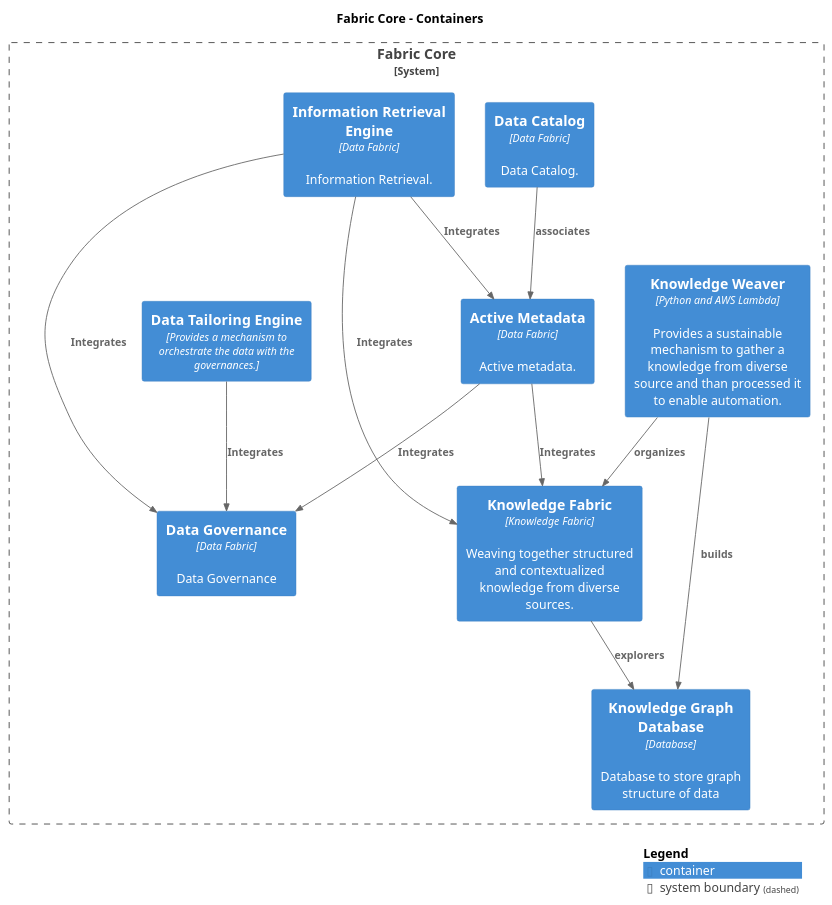
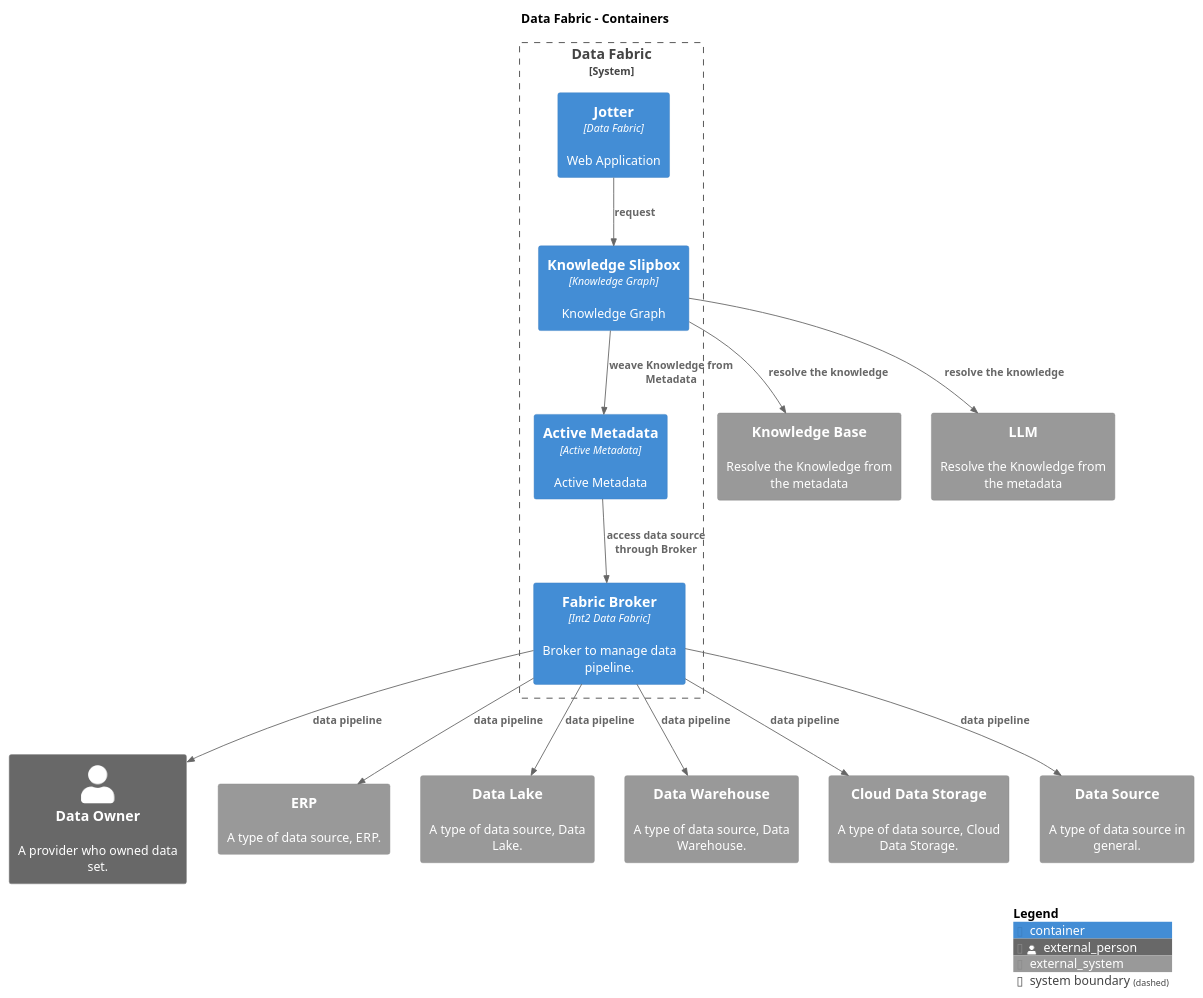
The diagram in puml/Containers-Containers.puml (IntellectusCorp/data-fabric-docs), drawn with PlantUML before and after one commit. The commit also changed 92 other files, not shown here.

Commit message:
Deploying to gh-pages from @ IntellectusCorp/data-fabric-docs@2e48156498355eb80717b91fdec2f6a4c9dd9cd4 🚀

```diff
--- a/puml/Containers-Containers.puml
+++ b/puml/Containers-Containers.puml
@@ -1,36 +1,42 @@
 @startuml
 set separator none
-title Fabric Core - Containers
+title Data Fabric - Containers
 
 top to bottom direction
 
 !include <C4/C4>
 !include <C4/C4_Context>
 !include <C4/C4_Container>
 
 skinparam svgDimensionStyle false
 skinparam preserveAspectRatio meet
-System_Boundary("FabricCore_boundary", "Fabric Core", $tags="") {
-  Container(FabricCore.KnowledgeFabric, "Knowledge Fabric", "Knowledge Fabric", "Weaving together structured and contextualized knowledge from diverse sources.", $tags="")
-  Container(FabricCore.DataGovernance, "Data Governance", "Data Fabric", "Data Governance", $tags="")
-  Container(FabricCore.ActiveMetadata, "Active Metadata", "Data Fabric", "Active metadata.", $tags="")
-  Container(FabricCore.DataCatalog, "Data Catalog", "Data Fabric", "Data Catalog.", $tags="")
-  Container(FabricCore.InformationRetrievalEngine, "Information Retrieval Engine", "Data Fabric", "Information Retrieval.", $tags="")
-  Container(FabricCore.KnowledgeGraphDatabase, "Knowledge Graph Database", "Database", "Database to store graph structure of data", $tags="")
-  Container(FabricCore.DataTailoringEngine, "Data Tailoring Engine", "Provides a mechanism to orchestrate the data with the governances.", $tags="")
-  Container(FabricCore.KnowledgeWeaver, "Knowledge Weaver", "Python and AWS Lambda", "Provides a sustainable mechanism to gather a knowledge from diverse source and than processed it to enable automation.", $tags="")
+Person_Ext(DataOwner, "Data Owner", "A provider who owned data set.", $tags="")
+System_Ext(ERP, "ERP", "A type of data source, ERP.", $tags="")
+System_Ext(DataLake, "Data Lake", "A type of data source, Data Lake.", $tags="")
+System_Ext(DataWarehouse, "Data Warehouse", "A type of data source, Data Warehouse.", $tags="")
+System_Ext(CloudDataStorage, "Cloud Data Storage", "A type of data source, Cloud Data Storage.", $tags="")
+System_Ext(DataSource, "Data Source", "A type of data source in general.", $tags="")
+System_Ext(KnowledgeBase, "Knowledge Base", "Resolve the Knowledge from the metadata", $tags="")
+System_Ext(LLM, "LLM", "Resolve the Knowledge from the metadata", $tags="")
+
+System_Boundary("DataFabric_boundary", "Data Fabric", $tags="") {
+  Container(DataFabric.Jotter, "Jotter", "Data Fabric", "Web Application", $tags="")
+  Container(DataFabric.KnowledgeSlipbox, "Knowledge Slipbox", "Knowledge Graph", "Knowledge Graph", $tags="")[[../component/]]
+  Container(DataFabric.ActiveMetadata, "Active Metadata", "Active Metadata", "Active Metadata", $tags="")[[../component/]]
+  Container(DataFabric.FabricBroker, "Fabric Broker", "Int2 Data Fabric", "Broker to manage data pipeline.", $tags="")
 }
 
-Rel_D(FabricCore.ActiveMetadata, FabricCore.KnowledgeFabric, "Integrates", $tags="")
-Rel_D(FabricCore.ActiveMetadata, FabricCore.DataGovernance, "Integrates", $tags="")
-Rel_D(FabricCore.DataTailoringEngine, FabricCore.DataGovernance, "Integrates", $tags="")
-Rel_D(FabricCore.InformationRetrievalEngine, FabricCore.DataGovernance, "Integrates", $tags="")
-Rel_D(FabricCore.InformationRetrievalEngine, FabricCore.ActiveMetadata, "Integrates", $tags="")
-Rel_D(FabricCore.InformationRetrievalEngine, FabricCore.KnowledgeFabric, "Integrates", $tags="")
-Rel_D(FabricCore.KnowledgeWeaver, FabricCore.KnowledgeFabric, "organizes", $tags="")
-Rel_D(FabricCore.KnowledgeWeaver, FabricCore.KnowledgeGraphDatabase, "builds", $tags="")
-Rel_D(FabricCore.KnowledgeFabric, FabricCore.KnowledgeGraphDatabase, "explorers", $tags="")
-Rel_D(FabricCore.DataCatalog, FabricCore.ActiveMetadata, "associates", $tags="")
+Rel_D(DataFabric.Jotter, DataFabric.KnowledgeSlipbox, "request", $tags="")
+Rel_D(DataFabric.KnowledgeSlipbox, DataFabric.ActiveMetadata, "weave Knowledge from Metadata", $tags="")
+Rel_D(DataFabric.KnowledgeSlipbox, KnowledgeBase, "resolve the knowledge", $tags="")
+Rel_D(DataFabric.KnowledgeSlipbox, LLM, "resolve the knowledge", $tags="")
+Rel_D(DataFabric.FabricBroker, DataOwner, "data pipeline", $tags="")
+Rel_D(DataFabric.FabricBroker, ERP, "data pipeline", $tags="")
+Rel_D(DataFabric.FabricBroker, DataLake, "data pipeline", $tags="")
+Rel_D(DataFabric.FabricBroker, DataWarehouse, "data pipeline", $tags="")
+Rel_D(DataFabric.FabricBroker, CloudDataStorage, "data pipeline", $tags="")
+Rel_D(DataFabric.FabricBroker, DataSource, "data pipeline", $tags="")
+Rel_D(DataFabric.ActiveMetadata, DataFabric.FabricBroker, "access data source through Broker", $tags="")
 
 SHOW_LEGEND(true)
 @enduml
```
